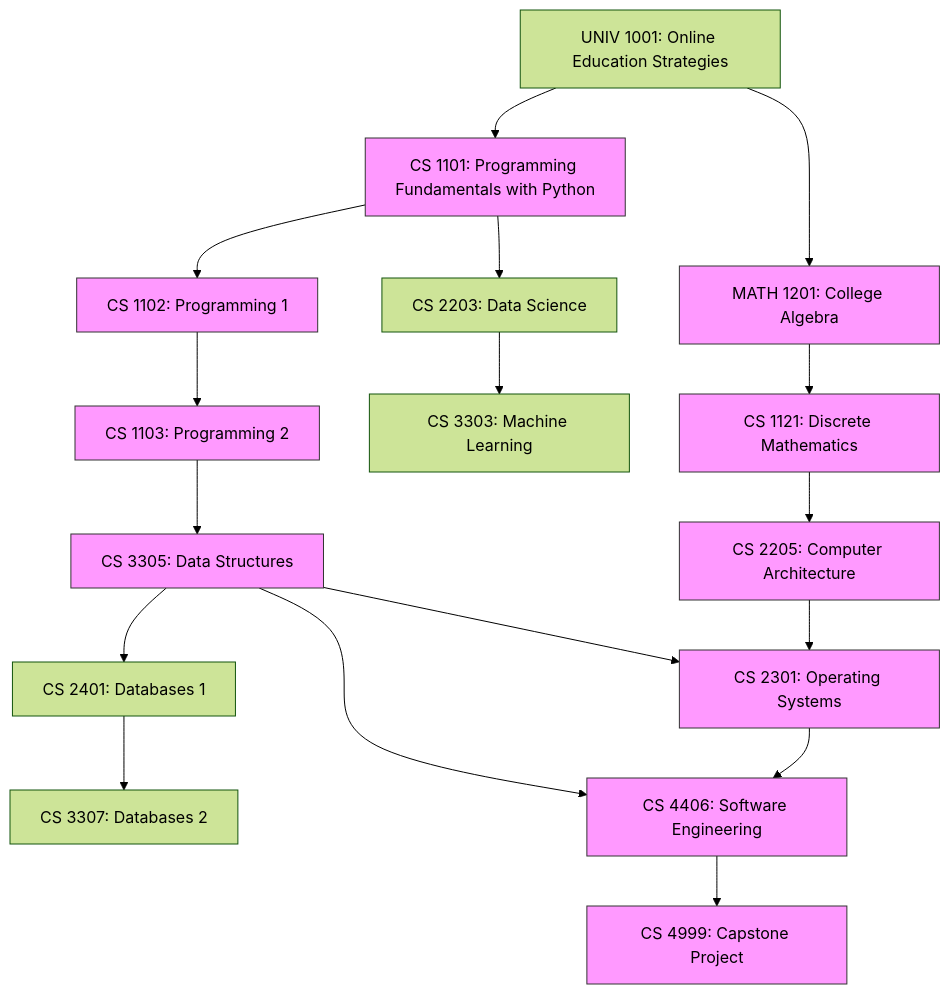
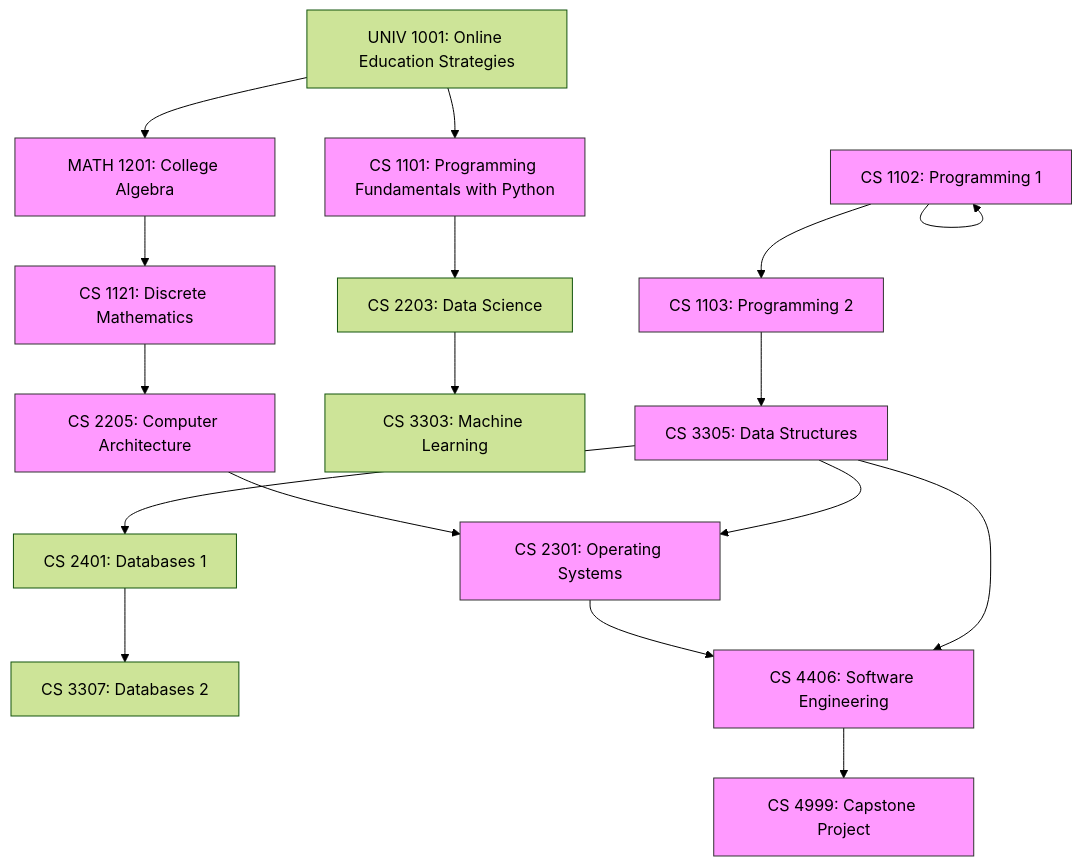
One commit to UoPeople-Computing-Network/awesome-uopeople-cs changed the diagram in README.md. Above: the diagram before and after it, drawn with Mermaid (forest theme).

````diff
--- a/README.md
+++ b/README.md
@@ -5,28 +5,28 @@
 ```mermaid
 graph TD
     A[UNIV 1001: Online Education Strategies] --> B[CS 1101: Programming Fundamentals with Python]
-    B --> C[CS 1102: Programming 1]
+    C --> C[CS 1102: Programming 1]
     C --> D[CS 1103: Programming 2]
     D --> E[CS 3305: Data Structures]
 
     B --> F[CS 2203: Data Science]
     F --> G[CS 3303: Machine Learning]
 
     A --> H[MATH 1201: College Algebra]
     H --> I[CS 1121: Discrete Mathematics]
     I --> J[CS 2205: Computer Architecture]
 
     E --> K[CS 2401: Databases 1]
     K --> L[CS 3307: Databases 2]
 
     J --> M[CS 2301: Operating Systems]
     E --> M
 
     M --> N[CS 4406: Software Engineering]
     E --> N
 
     N --> O[CS 4999: Capstone Project]
 
     classDef core fill:#f9f,stroke:#333,stroke-width:1px;
     class B,C,D,E,H,I,J,M,N,O core
 ```
````
